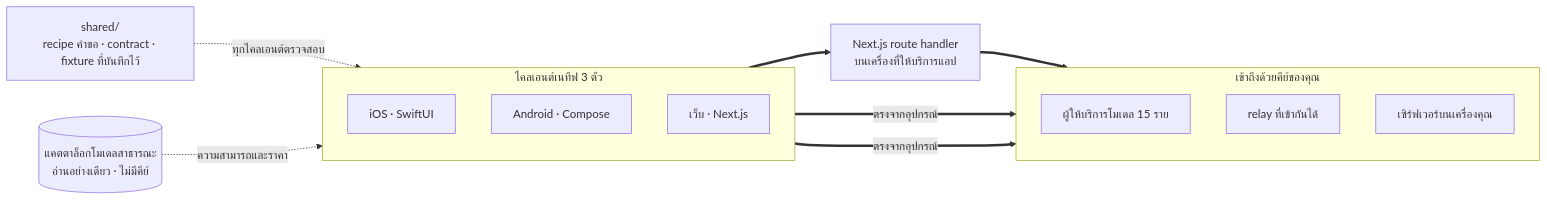
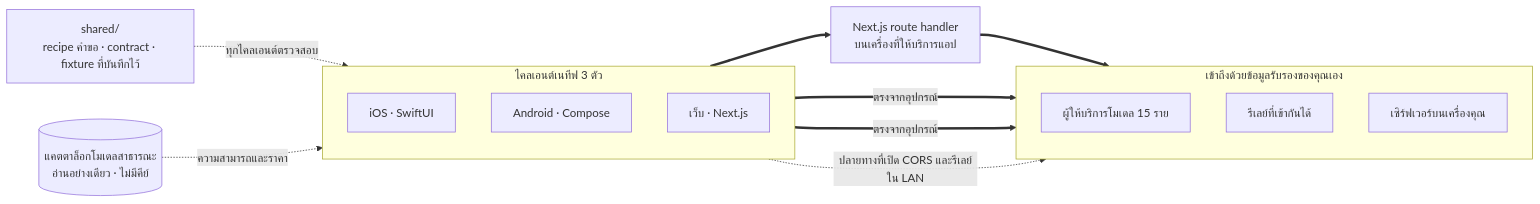
One commit to oriveo/oriveo changed the diagram in readme_i18n/th/README.md. Above: the diagram before and after it, drawn with Mermaid. The commit also changed other lines of this file and 89 other files, not shown here.

````diff
--- a/readme_i18n/th/README.md
+++ b/readme_i18n/th/README.md
@@ -179,26 +190,27 @@
 ```mermaid
 flowchart LR
     shared["shared/<br/>recipe คำขอ · contract · fixture ที่บันทึกไว้"]
 
     subgraph clients ["ไคลเอนต์เนทีฟ 3 ตัว"]
         direction TB
         ios["iOS · SwiftUI"]
         android["Android · Compose"]
         web["เว็บ · Next.js"]
     end
 
     route["Next.js route handler<br/>บนเครื่องที่ให้บริการแอป"]
 
-    subgraph upstream ["เข้าถึงด้วยคีย์ของคุณ"]
+    subgraph upstream ["เข้าถึงด้วยข้อมูลรับรองของคุณเอง"]
         official["ผู้ให้บริการโมเดล 15 ราย"]
-        relay["relay ที่เข้ากันได้"]
+        relay["รีเลย์ที่เข้ากันได้"]
         local["เซิร์ฟเวอร์บนเครื่องคุณ"]
     end
 
     catalog[("แคตตาล็อกโมเดลสาธารณะ<br/>อ่านอย่างเดียว · ไม่มีคีย์")]
 
     shared -.->|"ทุกไคลเอนต์ตรวจสอบ"| clients
     catalog -.->|"ความสามารถและราคา"| clients
     ios & android ==>|"ตรงจากอุปกรณ์"| upstream
     web ==> route ==> upstream
+    web -.->|"ปลายทางที่เปิด CORS และรีเลย์ใน LAN"| upstream
 ```
````
